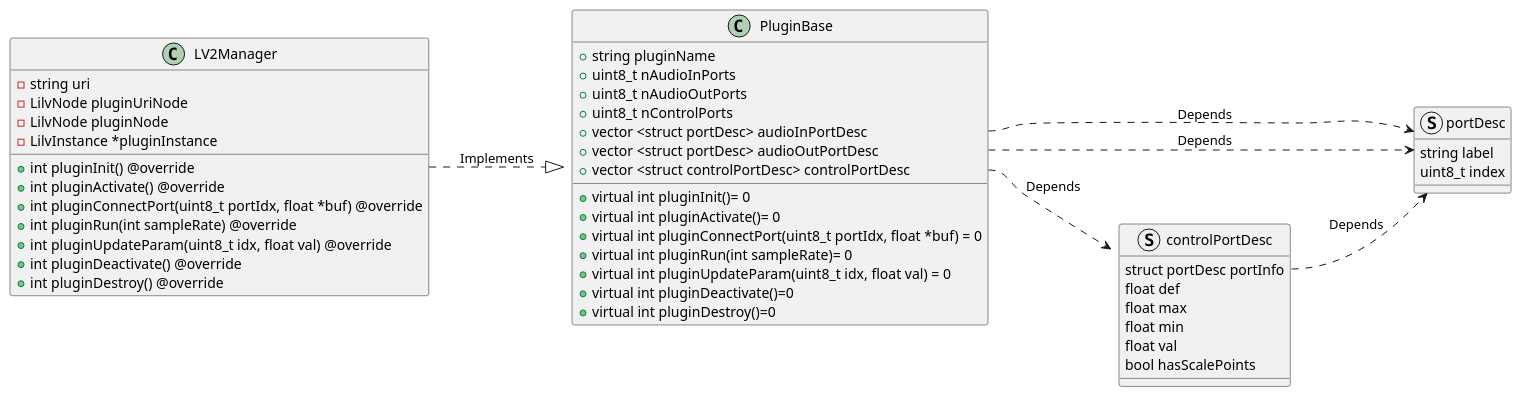
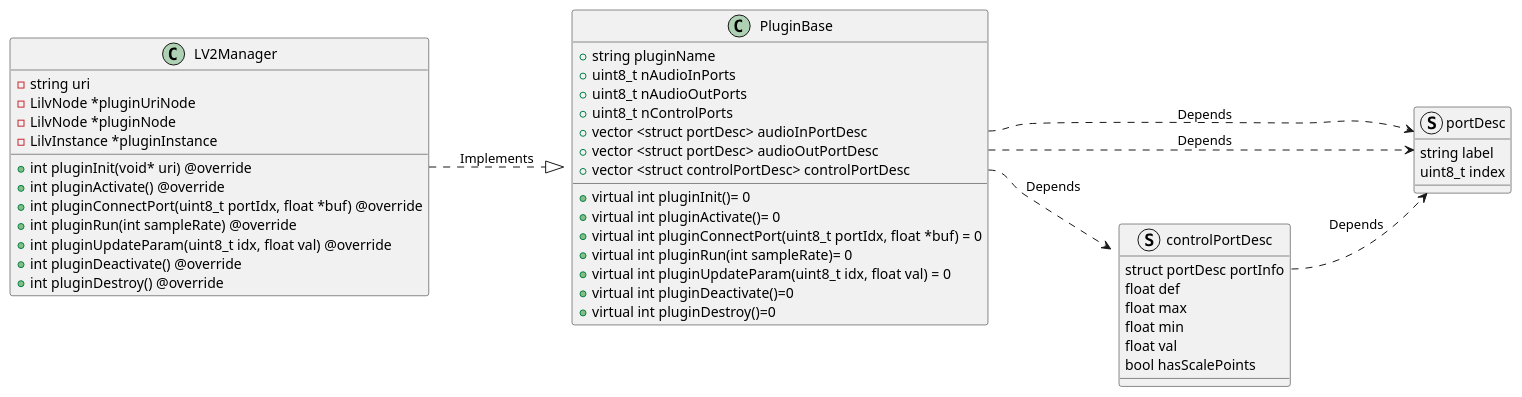
Before and after one commit to abhimanyu-g/calicofx-core: the seventh of 15 diagrams in doc/design.org, drawn with PlantUML. The commit also changed other lines of this file, not shown here.

```diff
--- a/doc/design.org
+++ b/doc/design.org
@@ -213,57 +213,57 @@
 #+begin_src plantuml :file /tmp/calicofx-lv2-manager-class-dig.png :exports results
   @startuml
   left to right direction
   struct portDesc{
         string label
         uint8_t index
   }
 
   struct controlPortDesc {
         struct portDesc portInfo
         float def
         float max
         float min
         float val
         bool hasScalePoints
   }
 
 
   class PluginBase{
           +string pluginName
           +uint8_t nAudioInPorts
           +uint8_t nAudioOutPorts
           +uint8_t nControlPorts
           +vector <struct portDesc> audioInPortDesc
           +vector <struct portDesc> audioOutPortDesc
           +vector <struct controlPortDesc> controlPortDesc
           +virtual int pluginInit()= 0
           +virtual int pluginActivate()= 0
           +virtual int pluginConnectPort(uint8_t portIdx, float *buf) = 0
           +virtual int pluginRun(int sampleRate)= 0
           +virtual int pluginUpdateParam(uint8_t idx, float val) = 0
           +virtual int pluginDeactivate()=0
           +virtual int pluginDestroy()=0
   }
 
   class LV2Manager{
         -string uri
-        -LilvNode pluginUriNode
-        -LilvNode pluginNode
+        -LilvNode *pluginUriNode
+        -LilvNode *pluginNode
         -LilvInstance *pluginInstance
-        +int pluginInit() @override
+        +int pluginInit(void* uri) @override
         +int pluginActivate() @override
         +int pluginConnectPort(uint8_t portIdx, float *buf) @override
         +int pluginRun(int sampleRate) @override
         +int pluginUpdateParam(uint8_t idx, float val) @override
         +int pluginDeactivate() @override
           +int pluginDestroy() @override
   }
 
   LV2Manager ..|> PluginBase:Implements
   controlPortDesc::portInfo ..> portDesc:Depends
   PluginBase::audioInPortDesc ..> portDesc:Depends
   PluginBase::audioOutPortDesc ..> portDesc:Depends
   PluginBase::controlPortDesc ..> controlPortDesc:Depends
 
   @enduml
 #+end_src
```
